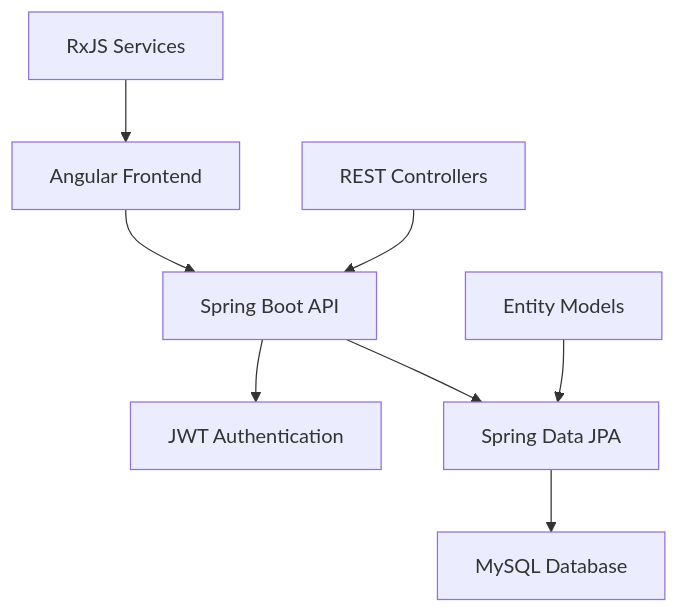
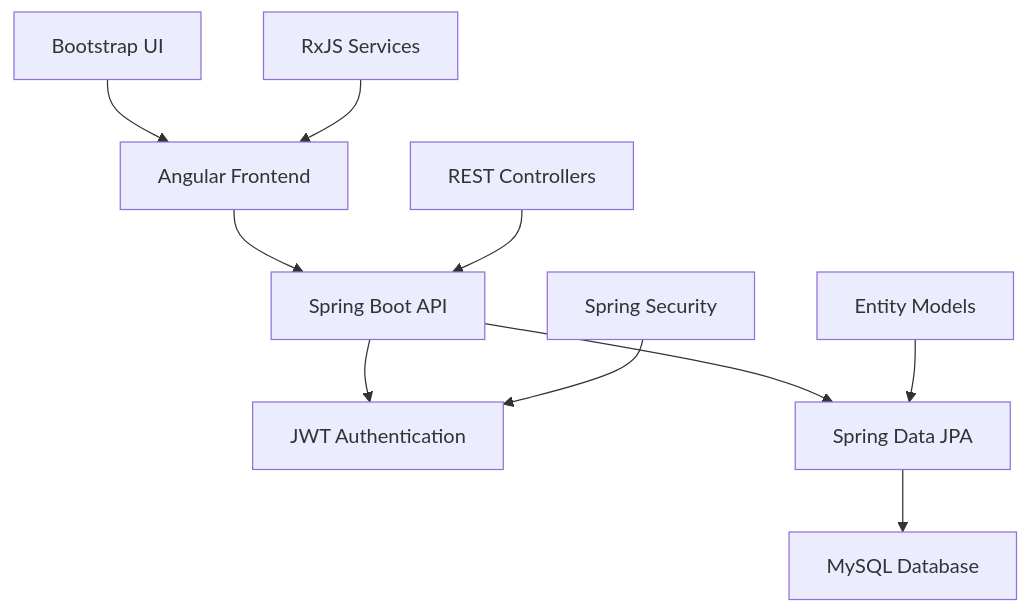
One commit to Astharmin/Sistema_Inv changed the diagram in README.md. Above: the diagram before and after it, drawn with Mermaid. The commit also changed other lines of this file, not shown here.

````diff
--- a/README.md
+++ b/README.md
@@ -30,11 +40,13 @@
 ```mermaid
 graph TB
     A[Angular Frontend] --> B[Spring Boot API]
     B --> C[JWT Authentication]
     B --> D[Spring Data JPA]
     D --> E[MySQL Database]
     
+    F[Bootstrap UI] --> A
     G[RxJS Services] --> A
     H[REST Controllers] --> B
     I[Entity Models] --> D
+    J[Spring Security] --> C
 ```
````
